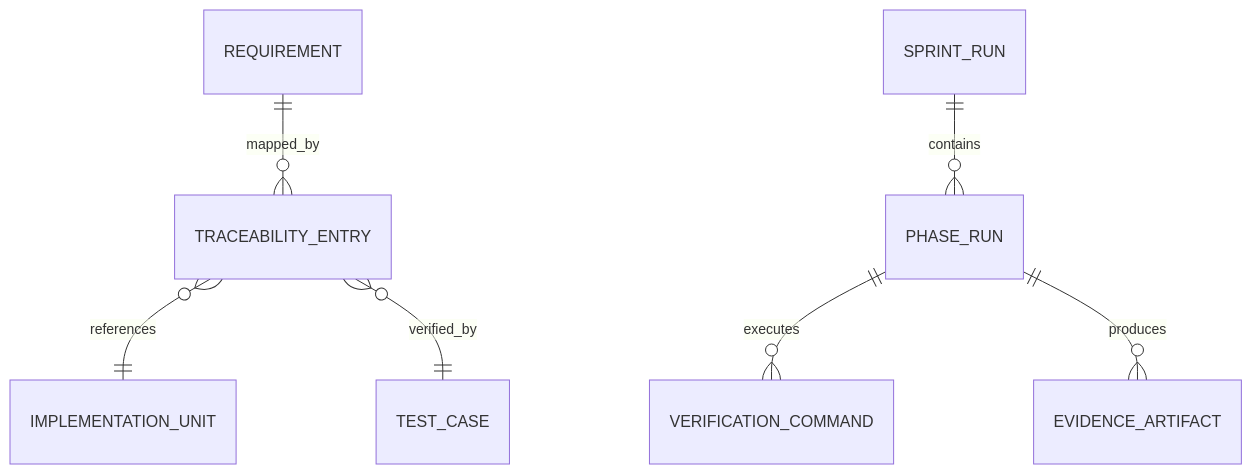
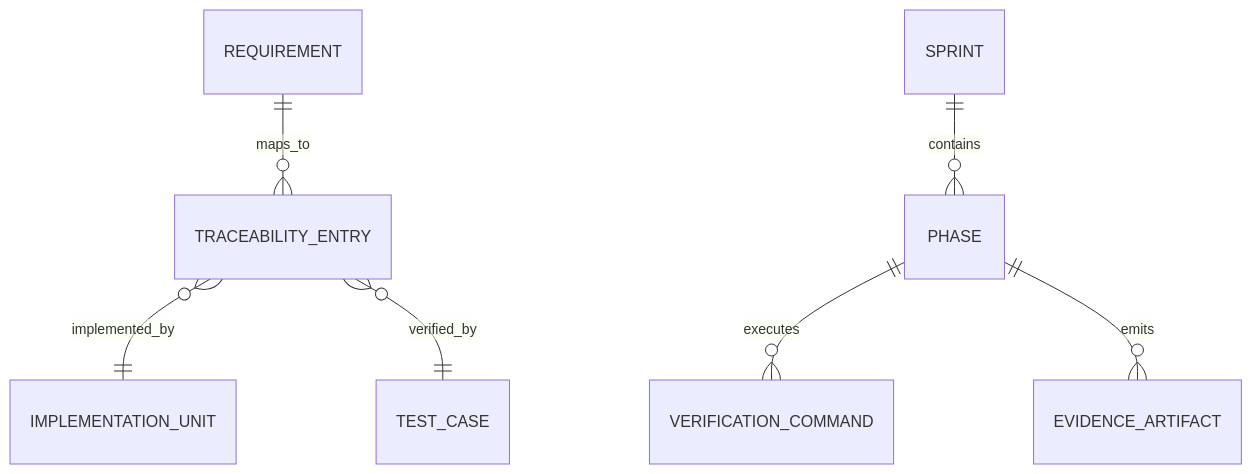
The second of 5 diagrams in docs/sprints/SPRINT-003-comprehensive-implementation-plan.md (jaytaylor/attractor-tcl), drawn with Mermaid before and after one commit. The commit also changed other lines of this file, not shown here.

Commit message:
docs: mark sprint 003 comprehensive plan fully executed

````diff
--- a/docs/sprints/SPRINT-003-comprehensive-implementation-plan.md
+++ b/docs/sprints/SPRINT-003-comprehensive-implementation-plan.md
@@ -719,9 +1174,9 @@
 ```mermaid
 erDiagram
-  REQUIREMENT ||--o{ TRACEABILITY_ENTRY : mapped_by
-  TRACEABILITY_ENTRY }o--|| IMPLEMENTATION_UNIT : references
+  REQUIREMENT ||--o{ TRACEABILITY_ENTRY : maps_to
+  TRACEABILITY_ENTRY }o--|| IMPLEMENTATION_UNIT : implemented_by
   TRACEABILITY_ENTRY }o--|| TEST_CASE : verified_by
-  PHASE_RUN ||--o{ VERIFICATION_COMMAND : executes
-  PHASE_RUN ||--o{ EVIDENCE_ARTIFACT : produces
-  SPRINT_RUN ||--o{ PHASE_RUN : contains
+  PHASE ||--o{ VERIFICATION_COMMAND : executes
+  PHASE ||--o{ EVIDENCE_ARTIFACT : emits
+  SPRINT ||--o{ PHASE : contains
 ```
````
